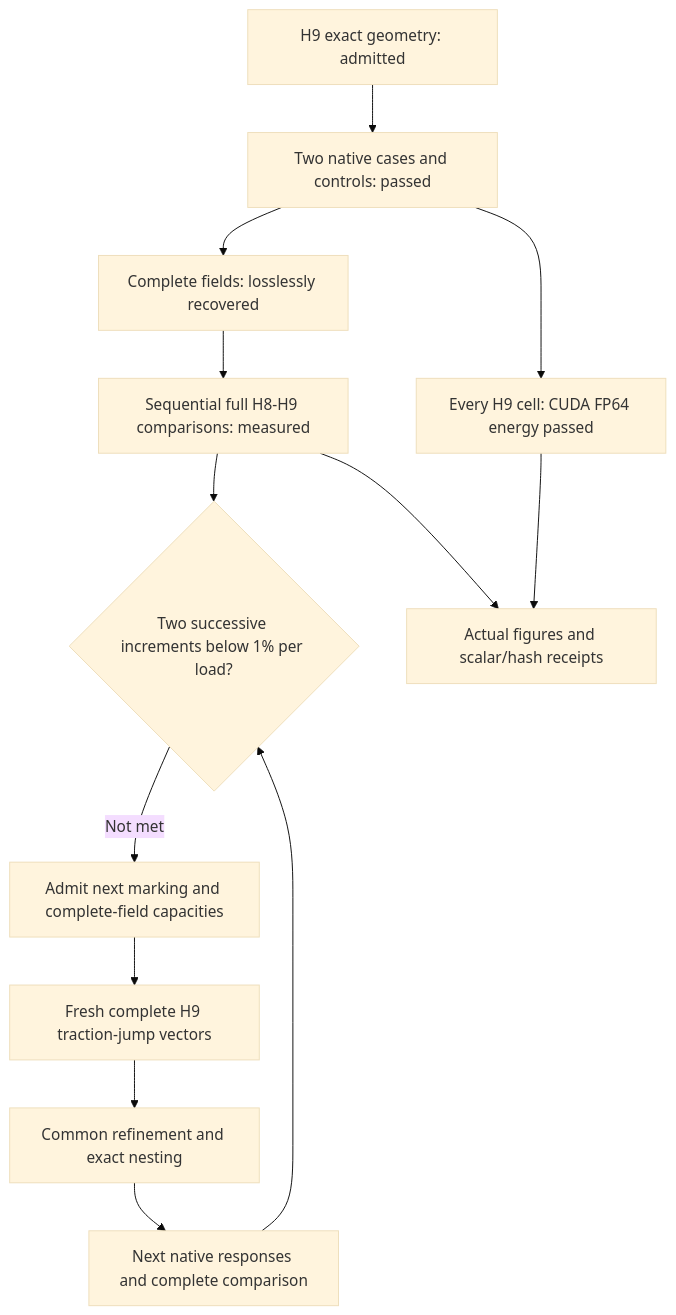
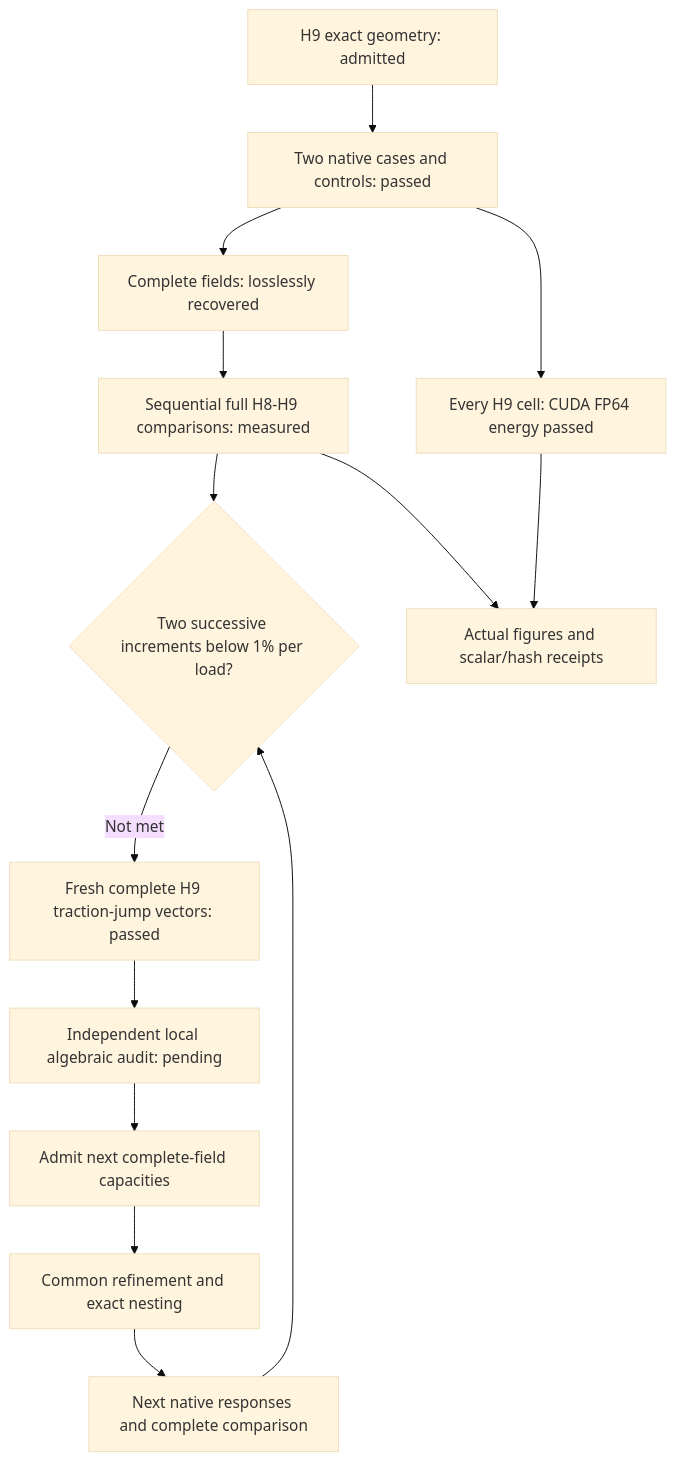
The diagram in docs/reports/carrier-h9-native-results-20261107.md (cluster2600/porscheparts), drawn with Mermaid (base theme) before and after one commit. The commit also changed other lines of this file and 8 other files, not shown here.

Commit message:
Record complete current support masks and H9 local-audit gap

````diff
--- a/docs/reports/carrier-h9-native-results-20261107.md
+++ b/docs/reports/carrier-h9-native-results-20261107.md
@@ -101,15 +125,16 @@
 ```mermaid
 flowchart TD
     G["H9 exact geometry: admitted"] --> N["Two native cases and controls: passed"]
     N --> R["Complete fields: losslessly recovered"]
     N --> GPU["Every H9 cell: CUDA FP64 energy passed"]
     R --> C["Sequential full H8-H9 comparisons: measured"]
     C --> S{"Two successive increments below 1% per load?"}
-    S -->|"Not met"| CAP["Admit next marking and complete-field capacities"]
-    CAP --> M["Fresh complete H9 traction-jump vectors"]
-    M --> V["Common refinement and exact nesting"]
+    S -->|"Not met"| M["Fresh complete H9 traction-jump vectors: passed"]
+    M --> LOCAL["Independent local algebraic audit: pending"]
+    LOCAL --> CAP["Admit next complete-field capacities"]
+    CAP --> V["Common refinement and exact nesting"]
     V --> NEXT["Next native responses and complete comparison"]
     NEXT --> S
     C --> FIG["Actual figures and scalar/hash receipts"]
     GPU --> FIG
 ```
````
